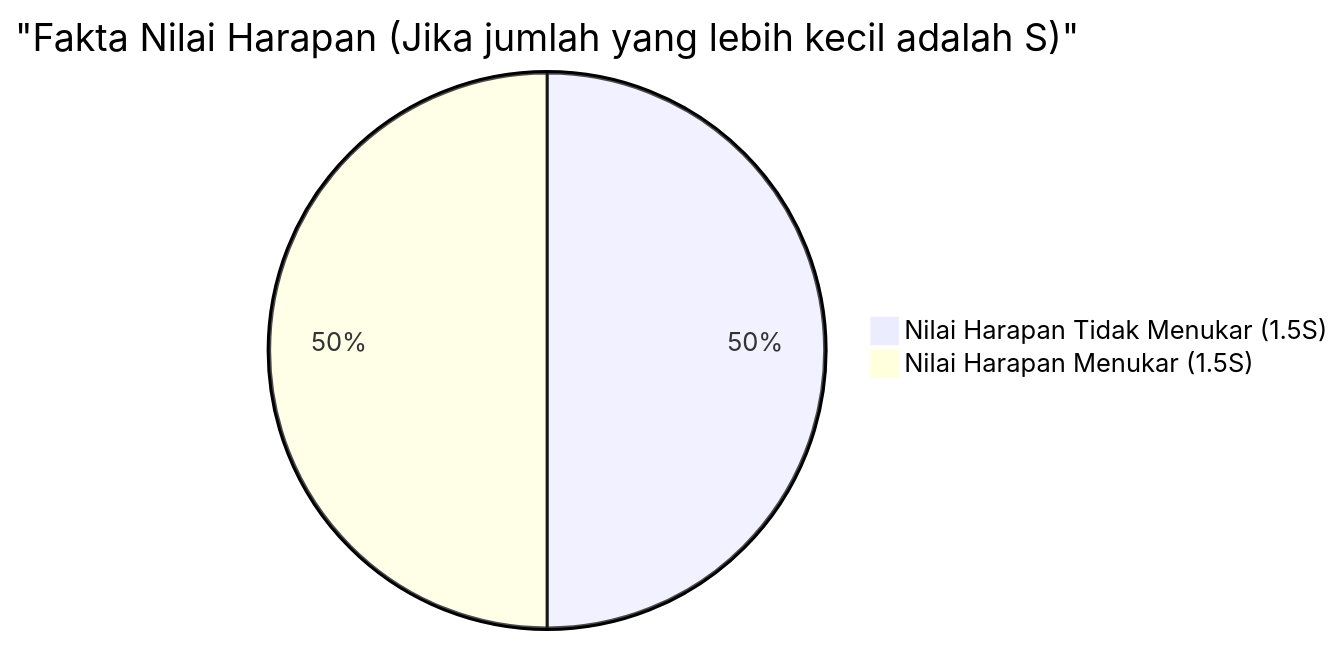
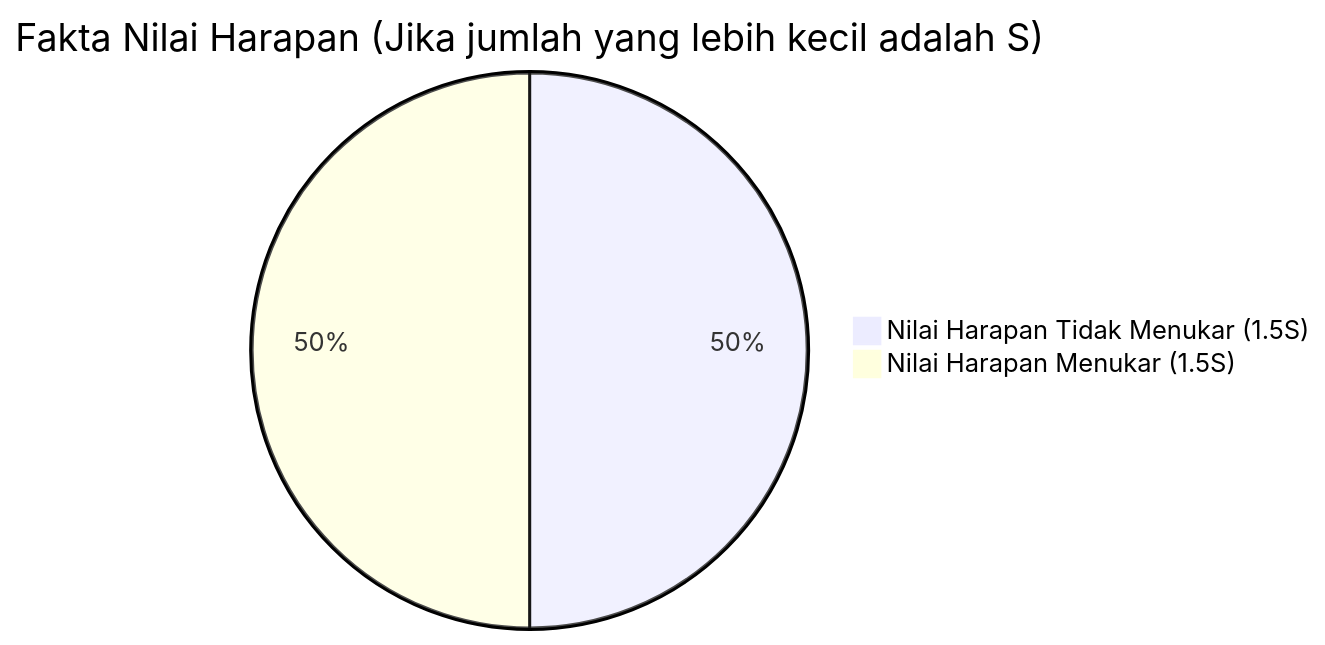
The second of 2 diagrams in content/post/2つの封筒のパラドックス/index.id.md (kenjinote/blog), drawn with Mermaid before and after one commit. The commit also changed other lines of this file and 703 other files, not shown here.

Commit message:
Fix: Remove quotes from Mermaid link texts and timeline definitions to support Mermaid 11.4.1

````diff
--- a/content/post/2つの封筒のパラドックス/index.id.md
+++ b/content/post/2つの封筒のパラドックス/index.id.md
@@ -113,5 +113,5 @@
 ```mermaid
-pie title "Fakta Nilai Harapan (Jika jumlah yang lebih kecil adalah S)"
+pie title Fakta Nilai Harapan (Jika jumlah yang lebih kecil adalah S)
     "Nilai Harapan Tidak Menukar (1.5S)" : 50
     "Nilai Harapan Menukar (1.5S)" : 50
 ```
````
